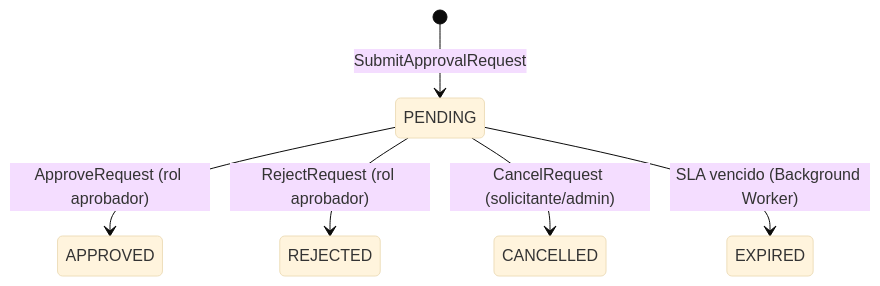
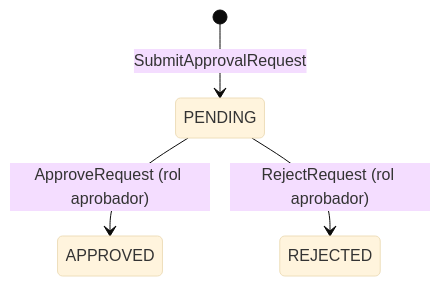
Before and after one commit to beyondnetcode/ums: the third of 3 diagrams in docs/governance/construction/ddd-design/07-approvals-context.md, drawn with Mermaid (base theme). The commit also changed other lines of this file and 14 other files, not shown here.

Commit message:
docs(onboarding): align domain and ER models

````diff
--- a/docs/governance/construction/ddd-design/07-approvals-context.md
+++ b/docs/governance/construction/ddd-design/07-approvals-context.md
@@ -153,8 +140,6 @@
 ```mermaid
 stateDiagram-v2
     [*] --> PENDING : SubmitApprovalRequest
     PENDING --> APPROVED : ApproveRequest (rol aprobador)
     PENDING --> REJECTED : RejectRequest (rol aprobador)
-    PENDING --> CANCELLED : CancelRequest (solicitante/admin)
-    PENDING --> EXPIRED : SLA vencido (Background Worker)
 ```
````
